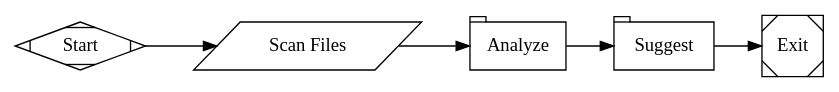
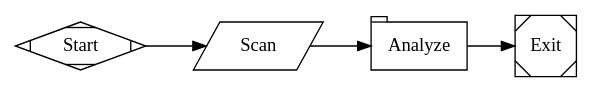
Before and after one commit to happybigmtn/raspberry: the second of 6 diagrams in skills/fabro-create-workflow/references/example-workflows.md, drawn with Graphviz. The commit also changed other lines of this file and 75 other files, not shown here.

````diff
--- a/skills/fabro-create-workflow/references/example-workflows.md
+++ b/skills/fabro-create-workflow/references/example-workflows.md
@@ -27,15 +28,14 @@
 ```dot
-digraph Pipeline {
-    graph [goal="Analyze the current directory and suggest improvements"]
+digraph ScanAndAnalyze {
+    graph [goal="Inspect the repository and summarize it"]
     rankdir=LR
 
     start [shape=Mdiamond, label="Start"]
     exit  [shape=Msquare, label="Exit"]
 
-    scan    [label="Scan Files", shape=parallelogram, script="find . -maxdepth 2 -type f | head -30"]
-    analyze [label="Analyze", prompt="Review the file listing from the previous step. Identify what kind of project this is and summarize its structure in 3-4 bullet points.", shape=tab, reasoning_effort="low"]
-    suggest [label="Suggest", prompt="Based on the analysis, suggest 3 concrete improvements to the project structure. Be specific and actionable.", shape=tab, reasoning_effort="low"]
+    scan    [shape=parallelogram, label="Scan", script="find . -maxdepth 2 -type f | head -50"]
+    analyze [shape=tab, label="Analyze", prompt="Summarize the file listing."]
 
-    start -> scan -> analyze -> suggest -> exit
+    start -> scan -> analyze -> exit
 }
 ```
````
